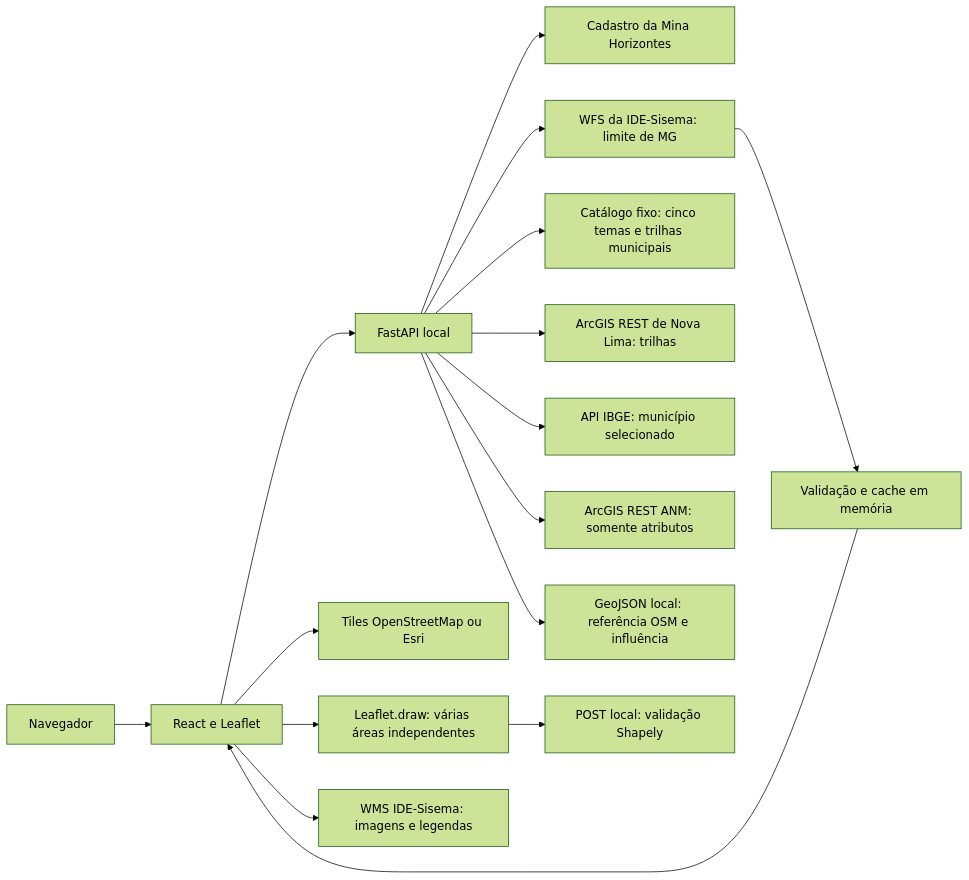
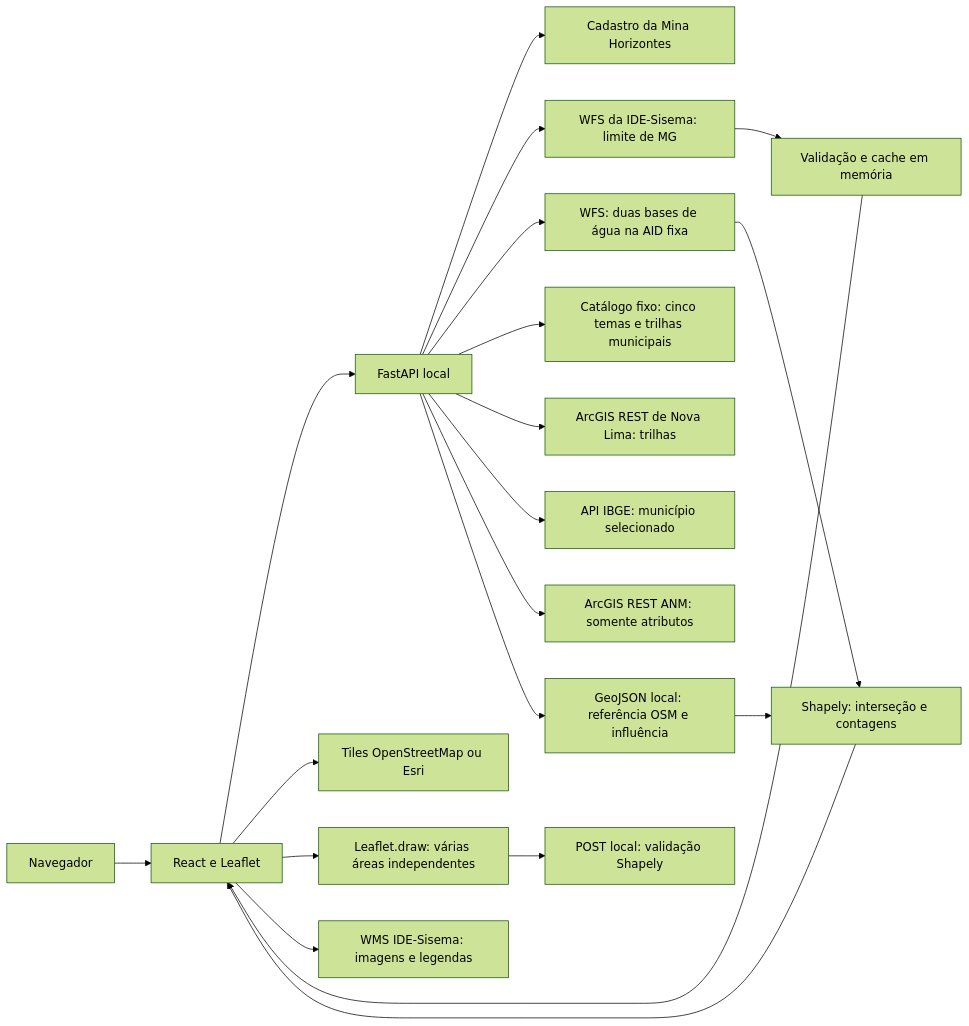
Before and after one commit to Rafael-Inacio-Silva/Geo_Vale: the diagram in docs/ARQUITETURA.md, drawn with Mermaid (forest theme). The commit also changed other lines of this file and 25 other files, not shown here.

Commit message:
Extrai dados de água na AID documental e registra justificativa do MVP

````diff
--- a/docs/ARQUITETURA.md
+++ b/docs/ARQUITETURA.md
@@ -3,18 +3,22 @@
 ```mermaid
 flowchart LR
     U[Navegador] --> F[React e Leaflet]
     F --> A[FastAPI local]
     A --> C[Cadastro da Mina Horizontes]
     A --> W[WFS da IDE-Sisema: limite de MG]
+    A --> H[WFS: duas bases de água na AID fixa]
+    H --> X[Shapely: interseção e contagens]
+    R --> X
+    X --> F
     W --> M[Validação e cache em memória]
     M --> F
     F --> T[Tiles OpenStreetMap ou Esri]
     A --> G[Catálogo fixo: cinco temas e trilhas municipais]
     A --> P[ArcGIS REST de Nova Lima: trilhas]
     A --> I[API IBGE: município selecionado]
     A --> N[ArcGIS REST ANM: somente atributos]
     A --> R[GeoJSON local: referência OSM e influência]
     F --> D[Leaflet.draw: várias áreas independentes]
     D --> V[POST local: validação Shapely]
     F --> S[WMS IDE-Sisema: imagens e legendas]
 ```
````
